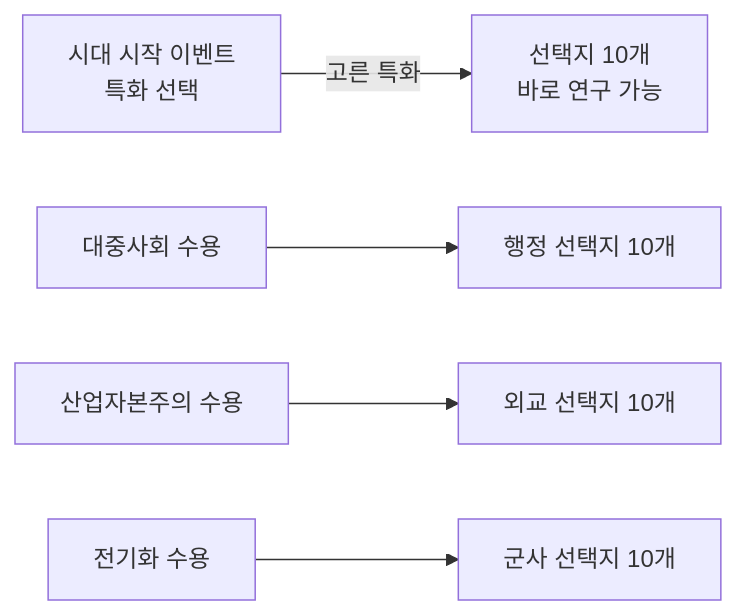
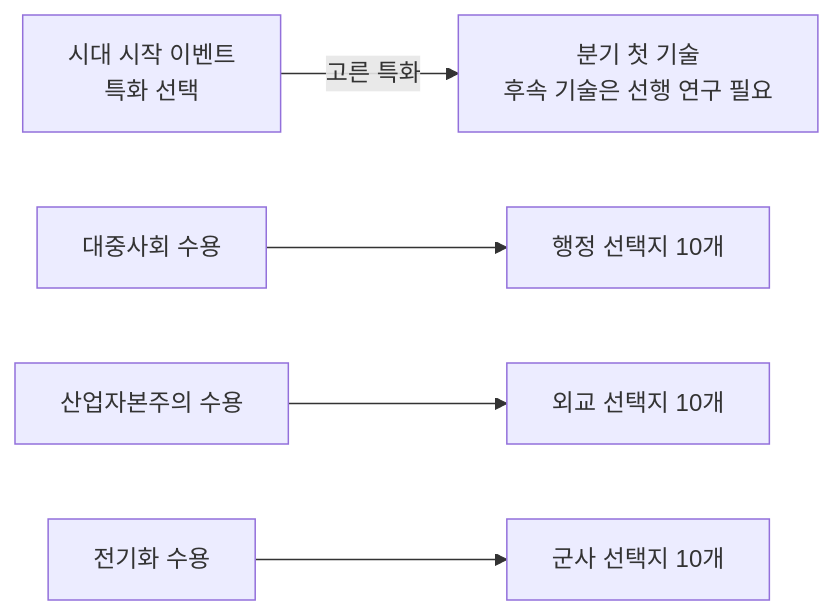
The third of 5 diagrams in README.md (Nekerworld/EU5-The-Singularity-is-Near), drawn with Mermaid before and after one commit. The commit also changed other lines of this file and 20 other files, not shown here.

Commit message:
Add age VIII–XII scaffolds and update project roadmap

````diff
--- a/README.md
+++ b/README.md
@@ -123,7 +149,7 @@
 ```mermaid
 flowchart LR
-    A["시대 시작 이벤트<br/>특화 선택"] -->|고른 특화| N["선택지 10개<br/>바로 연구 가능"]
+    A["시대 시작 이벤트<br/>특화 선택"] -->|고른 특화| N["분기 첫 기술<br/>후속 기술은 선행 연구 필요"]
     MS["대중사회 수용"] --> ADM["행정 선택지 10개"]
     IC["산업자본주의 수용"] --> DIP["외교 선택지 10개"]
     EL["전기화 수용"] --> MIL["군사 선택지 10개"]
 ```
````
